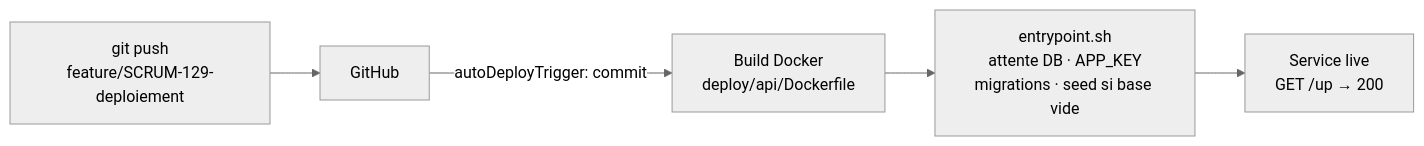
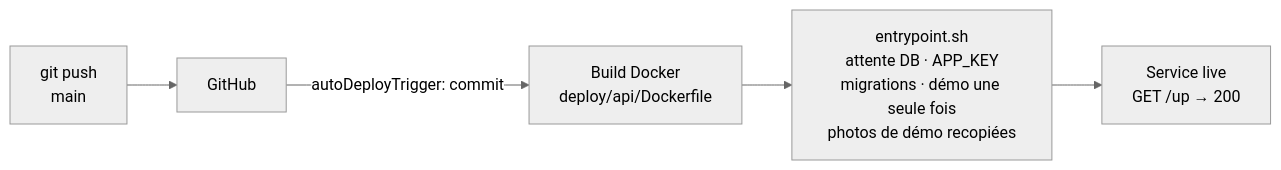
One commit to obaid-ba/marketplace-b2b changed the second of 2 diagrams in README.md. Above: the diagram before and after it, drawn with Mermaid (neutral theme). The commit also changed other lines of this file and 4 other files, not shown here.

````diff
--- a/README.md
+++ b/README.md
@@ -178,7 +235,7 @@
 ```mermaid
 flowchart LR
-  P["git push<br/>feature/SCRUM-129-deploiement"] --> G["GitHub"]
+  P["git push<br/>main"] --> G["GitHub"]
   G -->|"autoDeployTrigger: commit"| B["Build Docker<br/>deploy/api/Dockerfile"]
-  B --> E["entrypoint.sh<br/>attente DB · APP_KEY<br/>migrations · seed si base vide"]
+  B --> E["entrypoint.sh<br/>attente DB · APP_KEY<br/>migrations · démo une seule fois<br/>photos de démo recopiées"]
   E --> L["Service live<br/>GET /up → 200"]
 ```
````
